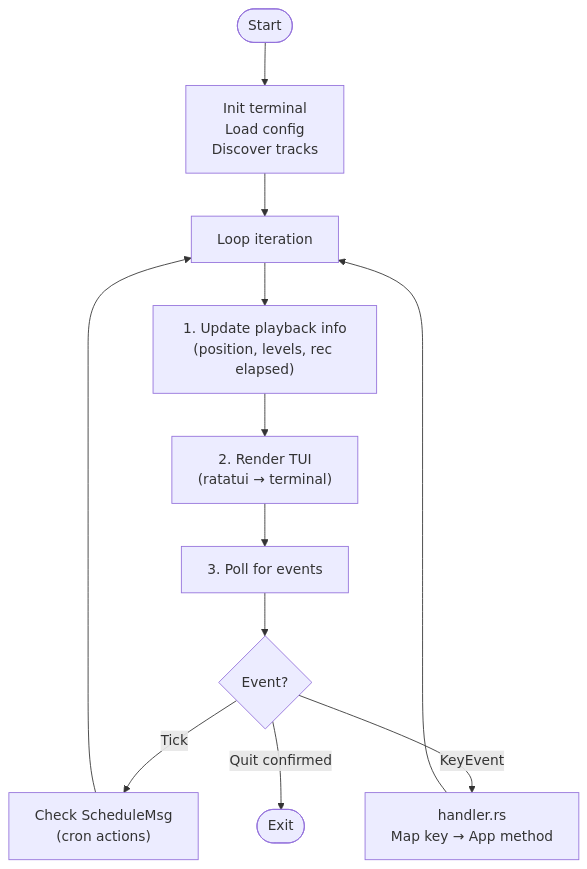
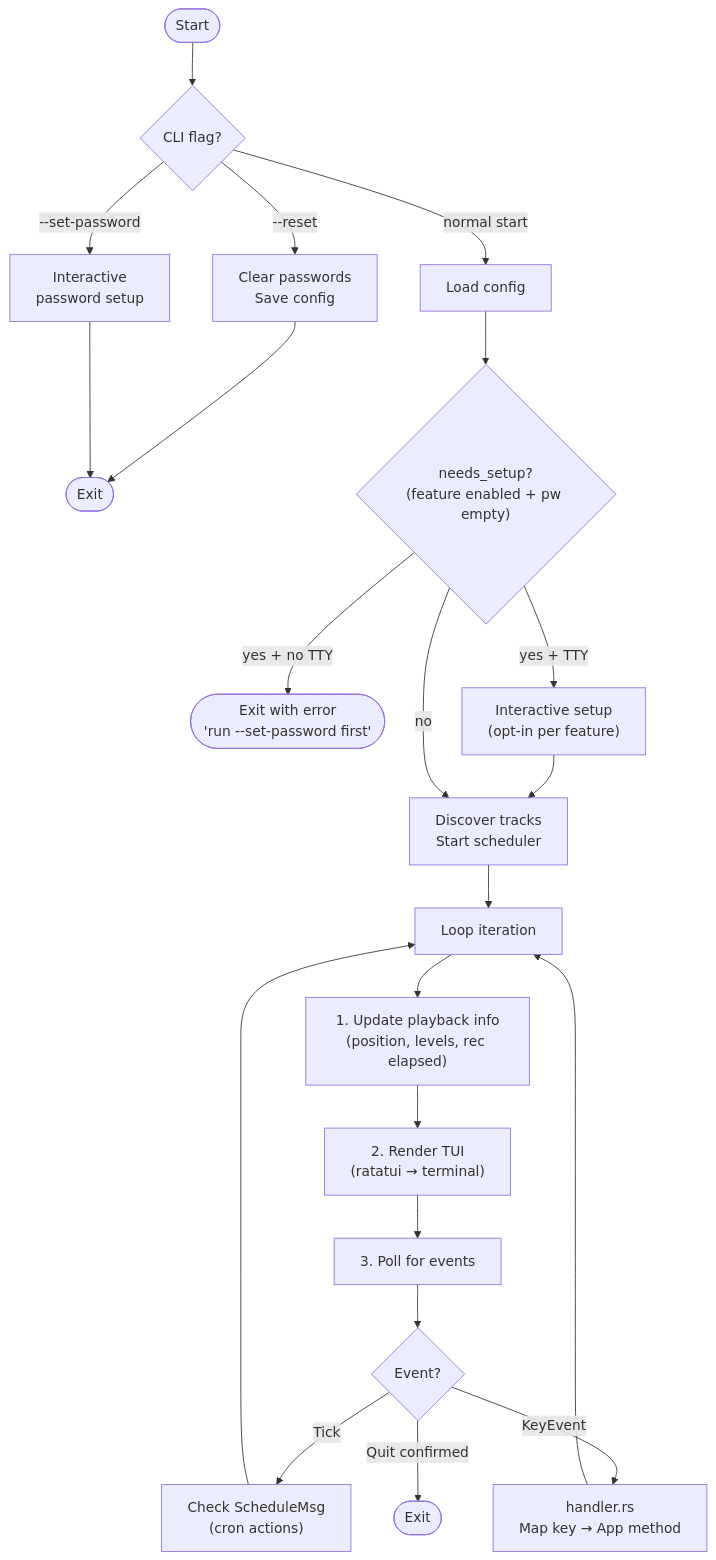
Before and after one commit to jesse-stewart/octotrack: the second of 6 diagrams in docs/architecture.md, drawn with Mermaid. The commit also changed other lines of this file and 20 other files, not shown here.

````diff
--- a/docs/architecture.md
+++ b/docs/architecture.md
@@ -29,14 +29,25 @@
 ```mermaid
 flowchart TD
-    start([Start]) --> init["Init terminal\nLoad config\nDiscover tracks"]
+    start([Start]) --> flags{"CLI flag?"}
+    flags -->|"--reset"| reset["Clear passwords\nSave config"]
+    flags -->|"--set-password"| setup_forced["Interactive\npassword setup"]
+    reset --> exit_early([Exit])
+    setup_forced --> exit_early
+
+    flags -->|"normal start"| load_cfg["Load config"]
+    load_cfg --> first_run{"needs_setup?\n(feature enabled + pw empty)"}
+    first_run -->|"yes + no TTY"| err([Exit with error\n'run --set-password first'])
+    first_run -->|"yes + TTY"| setup["Interactive setup\n(opt-in per feature)"]
+    setup --> init
+    first_run -->|"no"| init["Discover tracks\nStart scheduler"]
     init --> loop_top["Loop iteration"]
     loop_top --> update["1. Update playback info\n(position, levels, rec elapsed)"]
     update --> render["2. Render TUI\n(ratatui → terminal)"]
     render --> poll["3. Poll for events"]
     poll --> tick{"Event?"}
     tick -->|"Tick"| sched_check["Check ScheduleMsg\n(cron actions)"]
     sched_check --> loop_top
     tick -->|"KeyEvent"| handler["handler.rs\nMap key → App method"]
     handler --> loop_top
     tick -->|"Quit confirmed"| exit([Exit])
 ```
````
